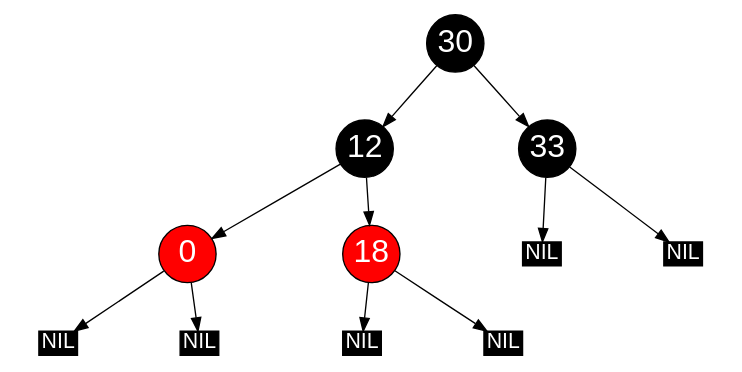
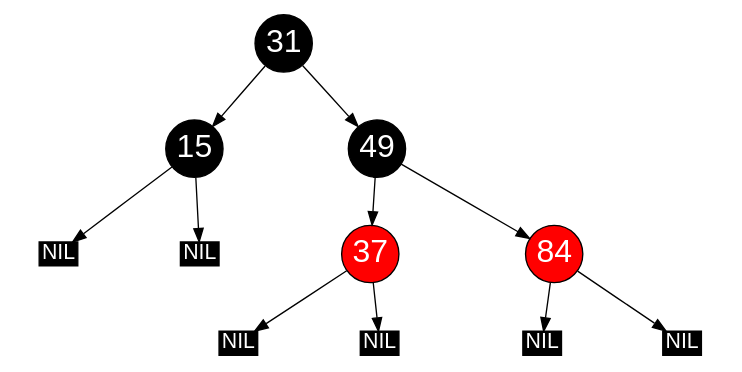
One commit to gbshschmlu/hs_fulda changed the diagram in wise2025/algorithmen_und_datenstrukturen/testat2/dot_output/tree_05.dot. Above: the diagram before and after it, drawn with Graphviz. The commit also changed 46 other files, not shown here.

```diff
--- a/wise2025/algorithmen_und_datenstrukturen/testat2/dot_output/tree_05.dot
+++ b/wise2025/algorithmen_und_datenstrukturen/testat2/dot_output/tree_05.dot
@@ -1,24 +1,30 @@
 // Red Black Tree
 digraph G {
 	graph [ratio=.48];
 	node [style=filled, color=black, shape=circle, width=.6
 		fontname=Helvetica, fontweight=bold, fontcolor=white,
 		fontsize=24, fixedsize=true];
 
-	0, 18
-	[fillcolor=red];
+	n0 [label="31"];
+	n1 [label="15"];
+	nil0 [label="NIL", shape=record, width=.4, height=.25, fontsize=16];
+	nil1 [label="NIL", shape=record, width=.4, height=.25, fontsize=16];
+	n2 [label="49"];
+	n3 [label="37", fillcolor=red];
+	nil2 [label="NIL", shape=record, width=.4, height=.25, fontsize=16];
+	nil3 [label="NIL", shape=record, width=.4, height=.25, fontsize=16];
+	n4 [label="84", fillcolor=red];
+	nil4 [label="NIL", shape=record, width=.4, height=.25, fontsize=16];
+	nil5 [label="NIL", shape=record, width=.4, height=.25, fontsize=16];
 
-	nil0, nil1, nil2, nil3, nil4, nil5
-	[label="NIL", shape=record, width=.4, height=.25, fontsize=16];
-
-	30 -> 12;
-	12 -> 0;
-	0 -> nil0;
-	0 -> nil1;
-	12 -> 18;
-	18 -> nil2;
-	18 -> nil3;
-	30 -> 33;
-	33 -> nil4;
-	33 -> nil5;
+	n1 -> nil0;
+	n1 -> nil1;
+	n0 -> n1;
+	n3 -> nil2;
+	n3 -> nil3;
+	n2 -> n3;
+	n4 -> nil4;
+	n4 -> nil5;
+	n2 -> n4;
+	n0 -> n2;
 }
```
